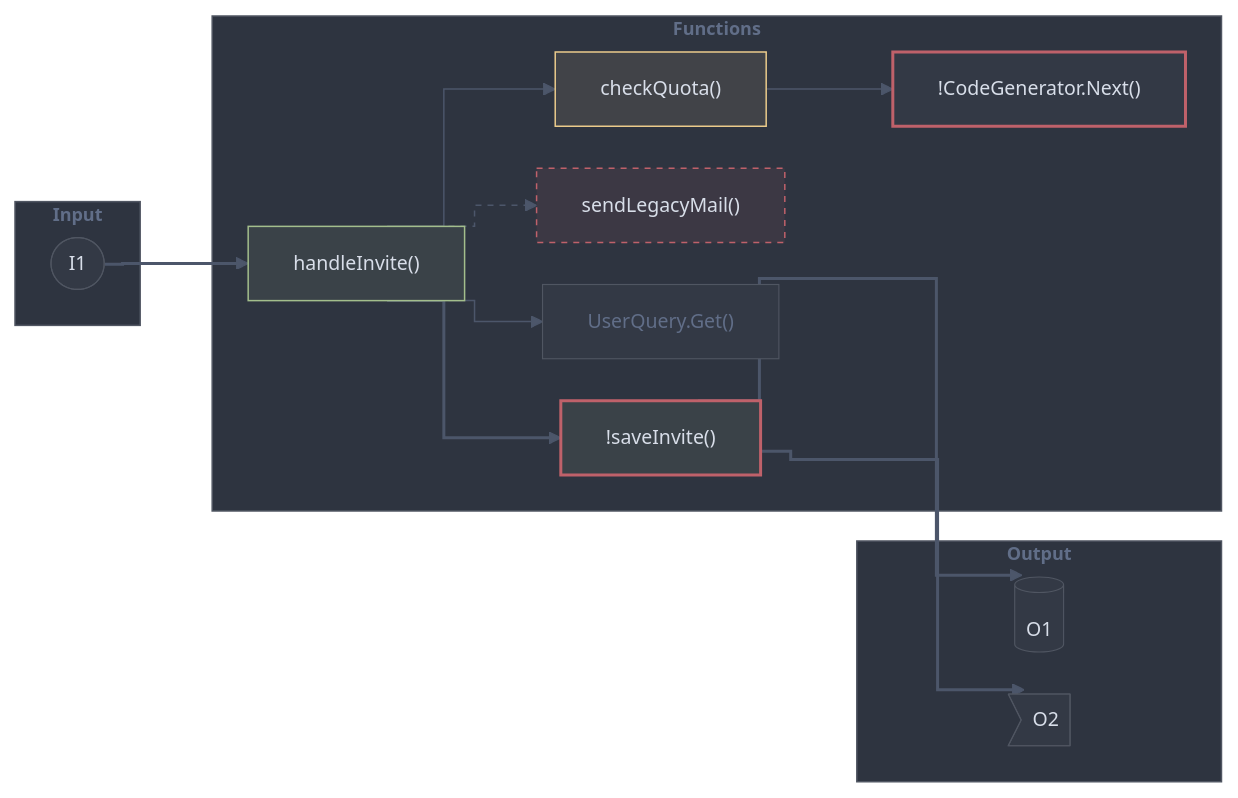
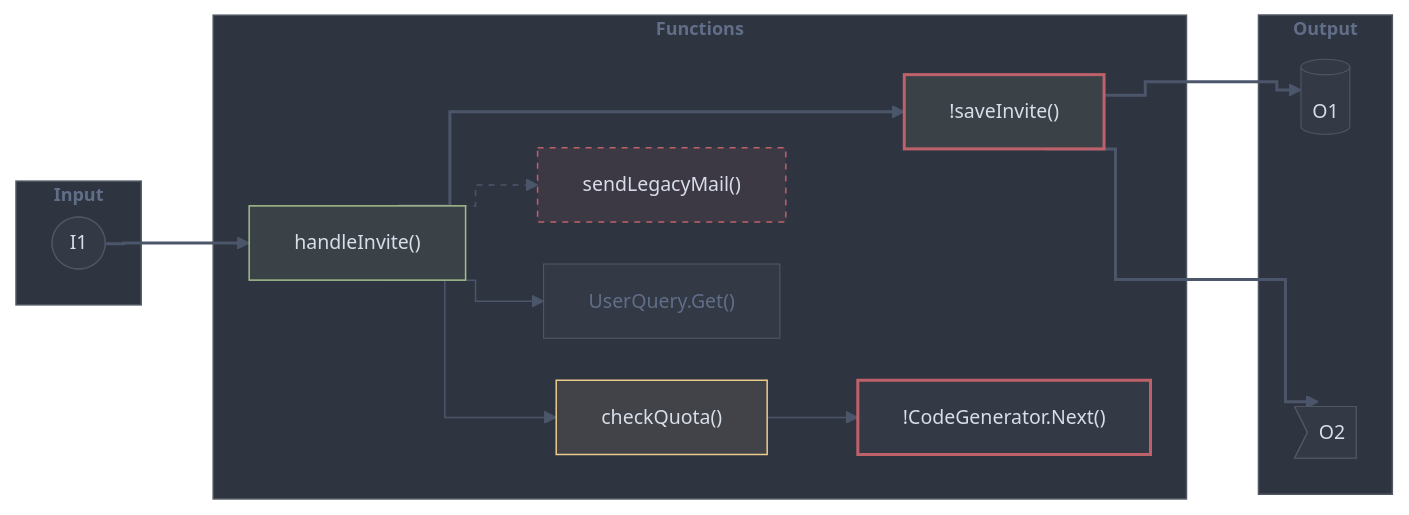
Before and after one commit to gagoar/pr-brief: the ninth of 17 diagrams in docs/samples/craft-themes.md, drawn with Mermaid. The commit also changed other lines of this file, not shown here.

````diff
--- a/docs/samples/craft-themes.md
+++ b/docs/samples/craft-themes.md
@@ -384,39 +402,41 @@
 ```mermaid
 %%{init: {"theme":"base","flowchart":{"curve":"step","nodeSpacing":28,"rankSpacing":48,"diagramPadding":40},"themeVariables":{"darkMode":true,"background":"#2e3440","fontFamily":"Inter, Helvetica, Arial","fontSize":"13px","dropShadow":"none","primaryColor":"#333945","primaryTextColor":"#d8dee9","primaryBorderColor":"#505662","nodeTextColor":"#d8dee9","textColor":"#d8dee9","mainBkg":"#333945","nodeBorder":"#505662","lineColor":"#4c566a","clusterBkg":"#2e3440","clusterBorder":"#505662","titleColor":"#616e88","edgeLabelBackground":"#2e3440"}}}%%
 graph LR
   subgraph IN["Input"]
     I1(["I1"])
   end
   subgraph FN["Functions"]
     F1["handleInvite()"]:::added
     F2["checkQuota()"]:::modified
     F3["sendLegacyMail()"]:::removed
     F4["UserQuery.Get()"]:::context
     F5["!CodeGenerator.Next()"]:::risk
     F6["!saveInvite()"]:::riskadded
   end
   subgraph OUT["Output"]
     O1[("O1")]
     O2>"O2"]
   end
   I1 ==> F1
   F1 --> F2
   F1 --> F4
   F2 --> F5
   F1 ==> F6
   F1 -.-> F3
   F6 ==> O1
   F6 ==> O2
+  F5 ~~~ O1
+  F5 ~~~ O2
   classDef default fill:#333945,stroke:#505662,stroke-width:0.75px,color:#d8dee9,font-weight:500
   classDef added fill:#3a4248,stroke:#a3be8c,stroke-width:1px,color:#d8dee9,font-weight:500
   classDef modified fill:#414348,stroke:#ebcb8b,stroke-width:1px,color:#d8dee9,font-weight:500
   classDef removed fill:#3c3844,stroke:#bf616a,stroke-width:1px,stroke-dasharray:4 4,color:#d8dee9,font-weight:500
   classDef context fill:#333945,stroke:#505662,stroke-width:0.75px,color:#616e88,font-weight:500
   classDef risk fill:#333945,stroke:#bf616a,stroke-width:2px,color:#d8dee9,font-weight:500
   classDef riskadded fill:#3a4248,stroke:#bf616a,stroke-width:2px,color:#d8dee9,font-weight:500
   classDef zone fill:#2e3440,stroke:#505662,stroke-width:1px,color:#616e88,font-weight:600,font-size:12px
   class IN,FN,OUT zone
-  linkStyle default stroke:#4c566a,stroke-width:1px
+  linkStyle 1,2,3 stroke:#4c566a,stroke-width:1px
   linkStyle 0,4,6,7 stroke:#4c566a,stroke-width:2px
   linkStyle 5 stroke:#4c566a,stroke-width:1px,stroke-dasharray:4 4
 ```
````
